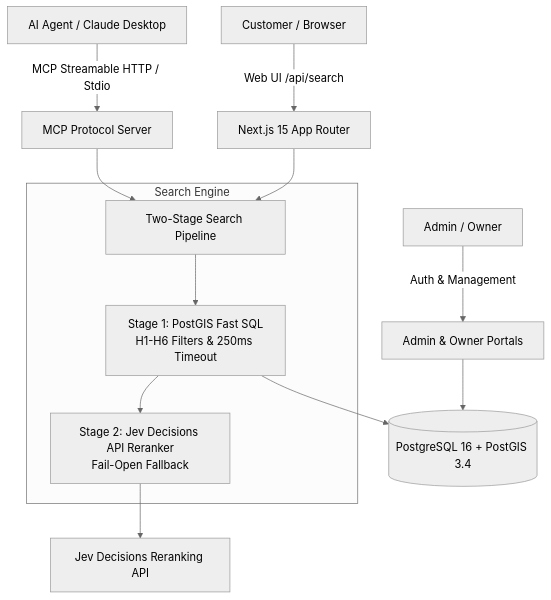
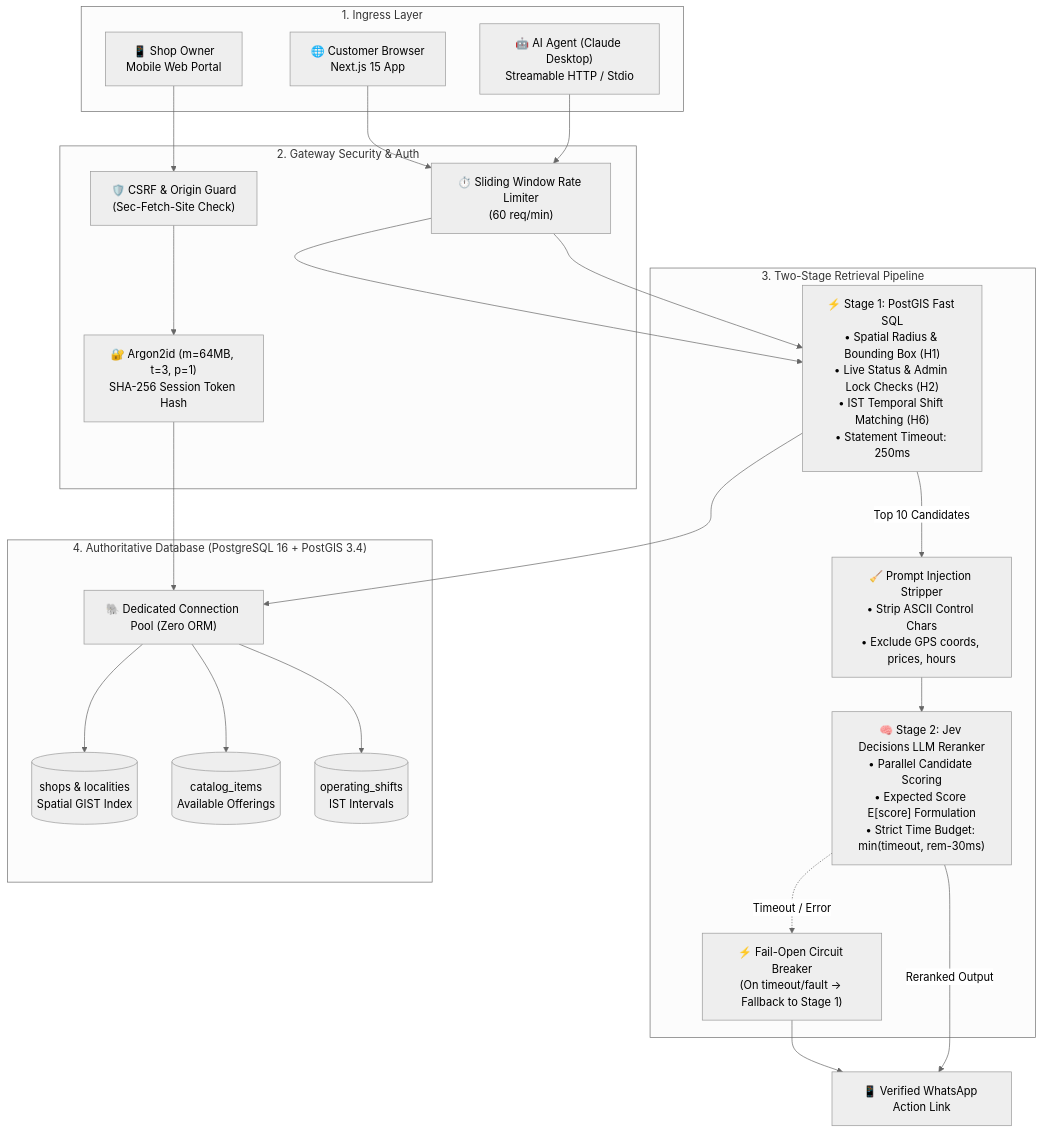
The third of 3 diagrams in README.md (jeeva-m-21/shopfront), drawn with Mermaid (neutral theme) before and after one commit. The commit also changed other lines of this file and 6 other files, not shown here.

Commit message:
feat: position core novelty in README, merchant page, owner AI preview, and nav

````diff
--- a/README.md
+++ b/README.md
@@ -33,19 +177,46 @@
 ```mermaid
-graph TD
-  User[Customer / Browser] -->|Web UI /api/search| NextApp[Next.js 15 App Router]
-  Claude[AI Agent / Claude Desktop] -->|MCP Streamable HTTP / Stdio| McpServer[MCP Protocol Server]
-  
-  McpServer --> SearchPipeline[Two-Stage Search Pipeline]
-  NextApp --> SearchPipeline
-  
-  subgraph Search Engine
-    SearchPipeline --> Stage1[Stage 1: PostGIS Fast SQL<br/>H1-H6 Filters & 250ms Timeout]
-    Stage1 --> Stage2[Stage 2: Jev Decisions API Reranker<br/>Fail-Open Fallback]
-  end
+flowchart TB
+    subgraph Ingress["1. Ingress Layer"]
+        User["🌐 Customer Browser<br/>Next.js 15 App"]
+        Agent["🤖 AI Agent (Claude Desktop)<br/>Streamable HTTP / Stdio"]
+        Merchant["📱 Shop Owner<br/>Mobile Web Portal"]
+    end
 
-  Stage1 --> PostGIS[(PostgreSQL 16 + PostGIS 3.4)]
-  Stage2 --> Jev[Jev Decisions Reranking API]
-  
-  Admin[Admin / Owner] -->|Auth & Management| Portals[Admin & Owner Portals]
-  Portals --> PostGIS
+    subgraph SecurityLayer["2. Gateway Security & Auth"]
+        RateLimit["⏱️ Sliding Window Rate Limiter<br/>(60 req/min)"]
+        CSRF["🛡️ CSRF & Origin Guard<br/>(Sec-Fetch-Site Check)"]
+        Argon["🔐 Argon2id (m=64MB, t=3, p=1)<br/>SHA-256 Session Token Hash"]
+    end
+
+    subgraph SearchPipeline["3. Two-Stage Retrieval Pipeline"]
+        Stage1["⚡ Stage 1: PostGIS Fast SQL<br/>• Spatial Radius & Bounding Box (H1)<br/>• Live Status & Admin Lock Checks (H2)<br/>• IST Temporal Shift Matching (H6)<br/>• Statement Timeout: 250ms"]
+        
+        Sanitizer["🧹 Prompt Injection Stripper<br/>• Strip ASCII Control Chars<br/>• Exclude GPS coords, prices, hours"]
+        
+        Stage2["🧠 Stage 2: Jev Decisions LLM Reranker<br/>• Parallel Candidate Scoring<br/>• Expected Score E[score] Formulation<br/>• Strict Time Budget: min(timeout, rem-30ms)"]
+        
+        FailOpen["⚡ Fail-Open Circuit Breaker<br/>(On timeout/fault -> Fallback to Stage 1)"]
+    end
+
+    subgraph Storage["4. Authoritative Database (PostgreSQL 16 + PostGIS 3.4)"]
+        PGPool["🐘 Dedicated Connection Pool (Zero ORM)"]
+        Shops[("shops & localities<br/>Spatial GIST Index")]
+        Catalog[("catalog_items<br/>Available Offerings")]
+        Shifts[("operating_shifts<br/>IST Intervals")]
+    end
+
+    User --> RateLimit --> Stage1
+    Agent --> RateLimit --> Stage1
+    Merchant --> CSRF --> Argon --> PGPool
+
+    Stage1 --> PGPool
+    PGPool --> Shops
+    PGPool --> Catalog
+    PGPool --> Shifts
+
+    Stage1 -->|Top 10 Candidates| Sanitizer
+    Sanitizer --> Stage2
+    Stage2 -.->|Timeout / Error| FailOpen
+    FailOpen --> Output["📱 Verified WhatsApp Action Link"]
+    Stage2 -->|Reranked Output| Output
 ```
````
